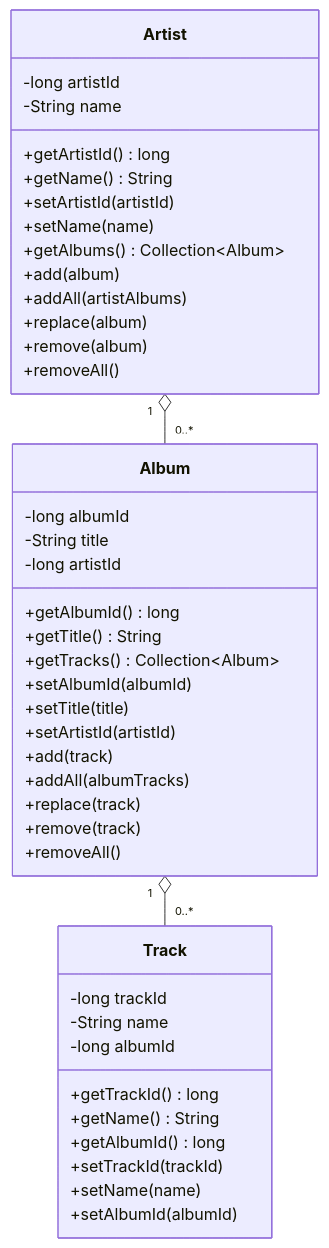
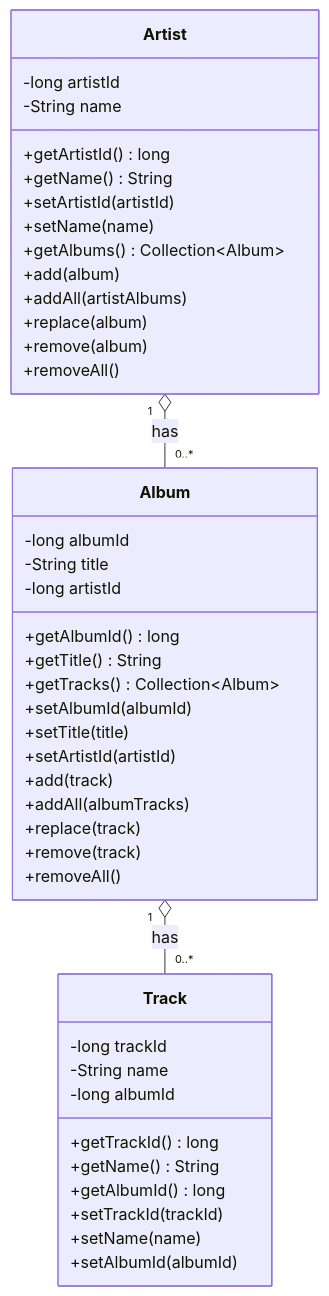
The second of 2 diagrams in README.md (samkseg/edu-jdbc-crud), drawn with Mermaid before and after one commit.

Commit message:
Fixed Class diagram

````diff
--- a/README.md
+++ b/README.md
@@ -33,49 +33,49 @@
 ```mermaid
 classDiagram
-    Artist "1" o-- "0..*" Album 
-    Album "1" o-- "0..*" Track 
+    Artist "1" o-- "0..*" Album : has
+    Album "1" o-- "0..*" Track : has
 
     class Artist {
     	-long artistId
     	-String name
     	+getArtistId() long
     	+getName() String
     	+setArtistId(artistId)
     	+setName(name)
     	+getAlbums() Collection~Album~
     	+add(album)
     	+addAll(artistAlbums)
     	+replace(album)
     	+remove(album)
     	+removeAll()
     }
 
     class Album {
     	-long albumId
     	-String title
     	-long artistId
     	+getAlbumId() long
     	+getTitle() String
     	+getTracks() Collection~Album~
     	+setAlbumId(albumId)
     	+setTitle(title)
     	+setArtistId(artistId)
     	+add(track)
     	+addAll(albumTracks)
     	+replace(track)
     	+remove(track)
     	+removeAll()
     }
 
     class Track {
     	-long trackId
     	-String name
     	-long albumId
     	+getTrackId() long
     	+getName() String
     	+getAlbumId() long
     	+setTrackId(trackId)
     	+setName(name)
     	+setAlbumId(albumId)
     }
 ```
````
